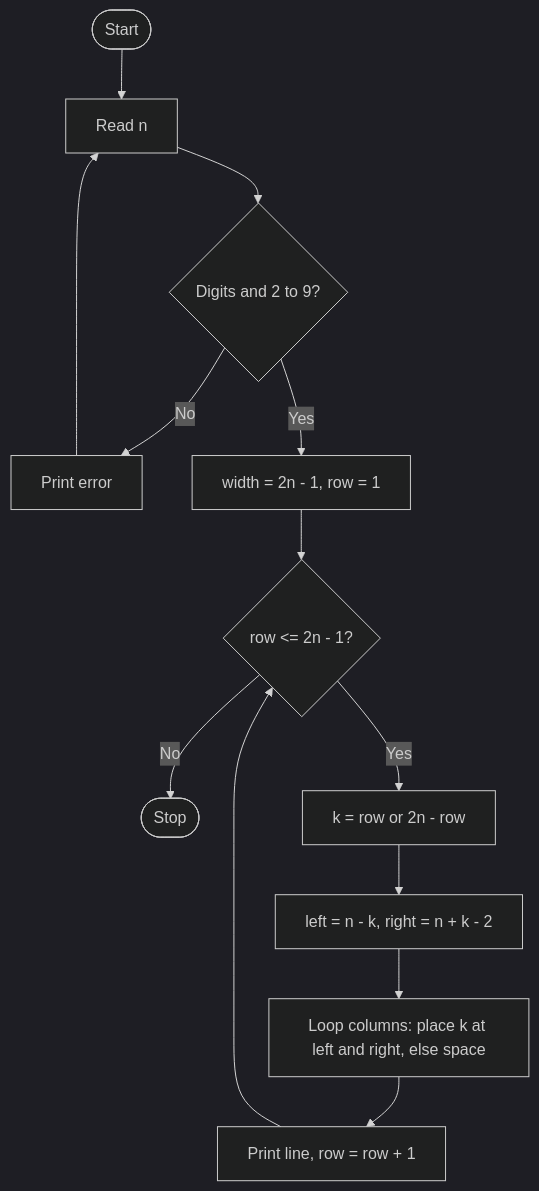
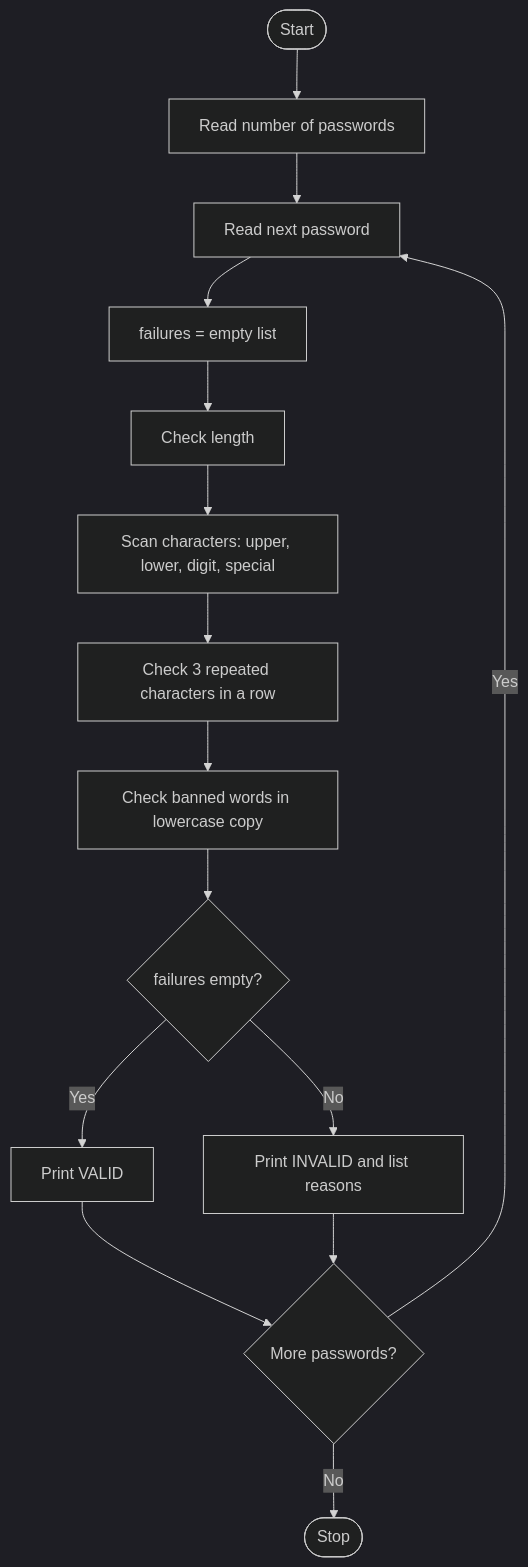
The diagram in README.md (shoukatsk28-gif/python-Activity-Based-Learning), drawn with Mermaid (dark theme) before and after one commit. The commit also changed other lines of this file and 2 other files, not shown here.

````diff
--- a/README.md
+++ b/README.md
@@ -49,14 +58,17 @@
 ```mermaid
 flowchart TD
-    A([Start]) --> B[Read n]
-    B --> C{Digits and 2 to 9?}
-    C -- No --> D[Print error] --> B
-    C -- Yes --> E[width = 2n - 1, row = 1]
-    E --> F{row <= 2n - 1?}
-    F -- No --> Z([Stop])
-    F -- Yes --> G[k = row or 2n - row]
-    G --> H[left = n - k, right = n + k - 2]
-    H --> I[Loop columns: place k at left and right, else space]
-    I --> J[Print line, row = row + 1]
-    J --> F
+    A([Start]) --> B[Read number of passwords]
+    B --> C[Read next password]
+    C --> D[failures = empty list]
+    D --> E[Check length]
+    E --> F[Scan characters: upper, lower, digit, special]
+    F --> G[Check 3 repeated characters in a row]
+    G --> H[Check banned words in lowercase copy]
+    H --> I{failures empty?}
+    I -- Yes --> J[Print VALID]
+    I -- No --> K[Print INVALID and list reasons]
+    J --> L{More passwords?}
+    K --> L
+    L -- Yes --> C
+    L -- No --> M([Stop])
 ```
````
